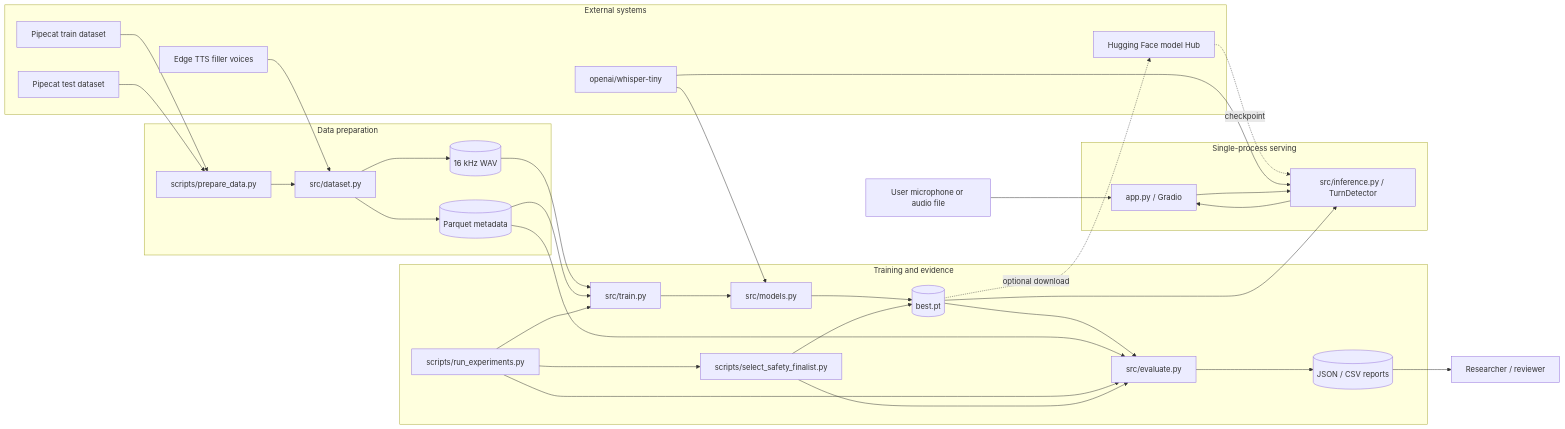
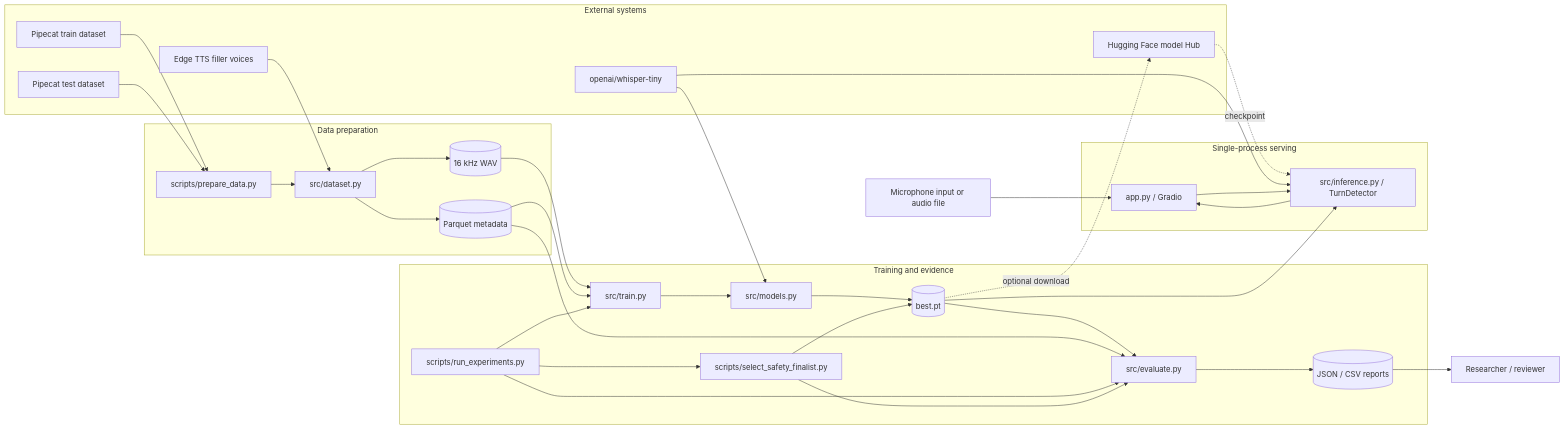
One commit to pypi-ahmad/hinglish-turn-detection changed the diagram in docs/diagrams/system-architecture.mmd. Above: the diagram before and after it, drawn with Mermaid. The commit also changed 12 other files, not shown here.

```diff
--- a/docs/diagrams/system-architecture.mmd
+++ b/docs/diagrams/system-architecture.mmd
@@ -1,61 +1,61 @@
 flowchart LR
-    User["User microphone or audio file"]
+    User["Microphone input or audio file"]
     Reviewer["Researcher / reviewer"]
 
     subgraph External["External systems"]
         TrainHub["Pipecat train dataset"]
         TestHub["Pipecat test dataset"]
         WhisperHub["openai/whisper-tiny"]
         EdgeTTS["Edge TTS filler voices"]
         ModelHub["Hugging Face model Hub"]
     end
 
     subgraph Preparation["Data preparation"]
         Prepare["scripts/prepare_data.py"]
         Dataset["src/dataset.py"]
         Audio[("16 kHz WAV")]
         Metadata[("Parquet metadata")]
     end
 
     subgraph Learning["Training and evidence"]
         Train["src/train.py"]
         Model["src/models.py"]
         Evaluate["src/evaluate.py"]
         Experiments["scripts/run_experiments.py"]
         Selector["scripts/select_safety_finalist.py"]
         Checkpoint[("best.pt")]
         Results[("JSON / CSV reports")]
     end
 
     subgraph Serving["Single-process serving"]
         App["app.py / Gradio"]
         Detector["src/inference.py / TurnDetector"]
     end
 
     TrainHub --> Prepare
     TestHub --> Prepare
     EdgeTTS --> Dataset
     Prepare --> Dataset
     Dataset --> Audio
     Dataset --> Metadata
     Audio --> Train
     Metadata --> Train
     WhisperHub --> Model
     Train --> Model
     Model --> Checkpoint
     Checkpoint --> Evaluate
     Metadata --> Evaluate
     Experiments --> Train
     Experiments --> Evaluate
     Experiments --> Selector
     Selector --> Checkpoint
     Selector --> Evaluate
     Evaluate --> Results
     Checkpoint -. "optional download" .-> ModelHub
     ModelHub -. "checkpoint" .-> Detector
     WhisperHub --> Detector
     Checkpoint --> Detector
     User --> App
     App --> Detector
     Detector --> App
     Results --> Reviewer
```
